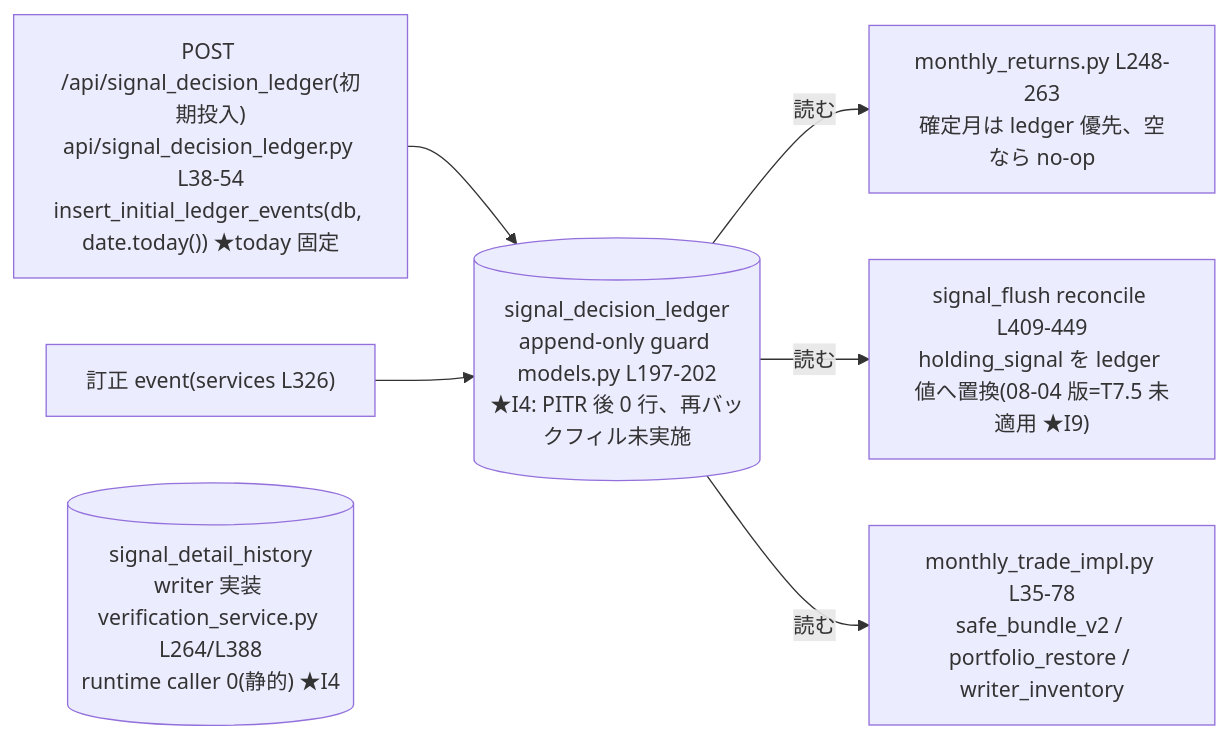
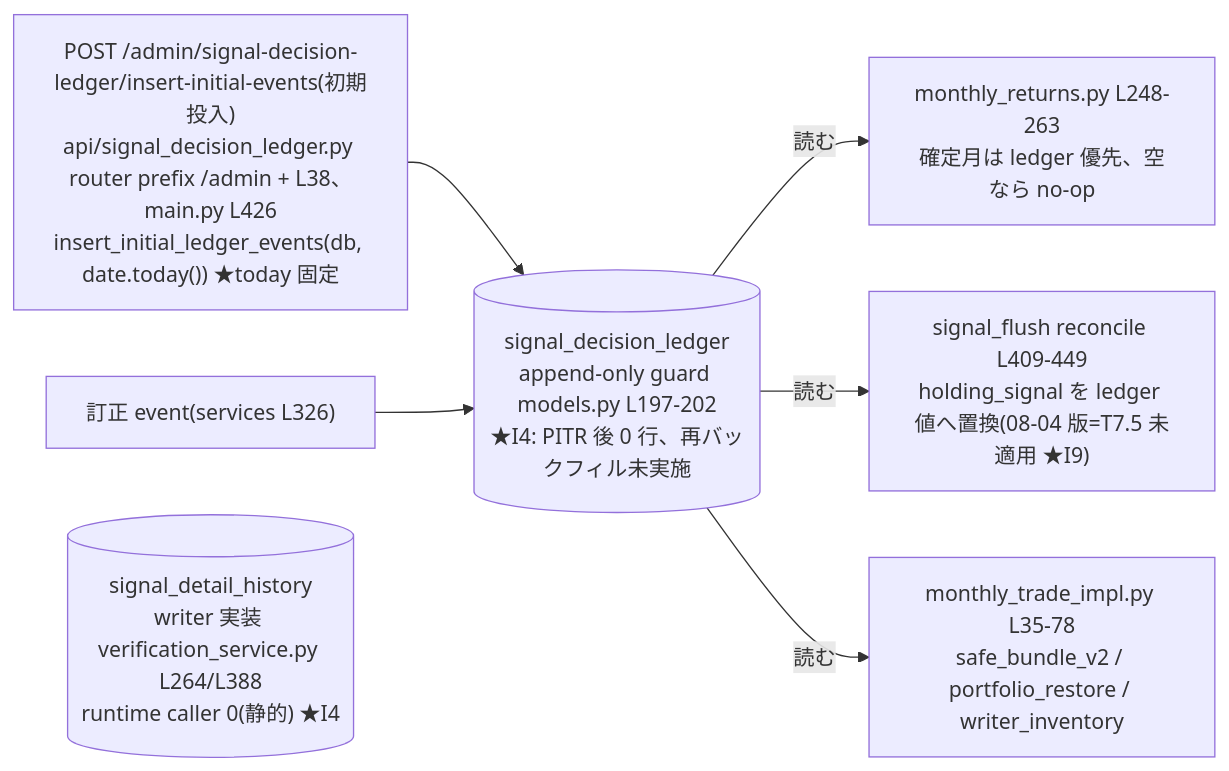
Before and after one commit to simokitafresh/multi-agent-shogun: the fifth of 6 diagrams in docs/research/dm-signal-production-inconsistency-asis-tobe_20260906.md, drawn with Mermaid. The commit also changed other lines of this file, not shown here.

Commit message:
docs(research): prod inconsistency v0.7 — karo R3 adopted (cron L5/month-start, Phase0 delete_signals=False, flush order, ledger URL, causality hedged, dead-code 4-class)

````diff
--- a/docs/research/dm-signal-production-inconsistency-asis-tobe_20260906.md
+++ b/docs/research/dm-signal-production-inconsistency-asis-tobe_20260906.md
@@ -113,9 +121,9 @@
 ```mermaid
 flowchart LR
-  API["POST /api/signal_decision_ledger(初期投入)<br/>api/signal_decision_ledger.py L38-54<br/>insert_initial_ledger_events(db, date.today()) ★today 固定"] --> LT[("signal_decision_ledger<br/>append-only guard models.py L197-202<br/>★I4: PITR 後 0 行、再バックフィル未実施")]
+  API["POST /admin/signal-decision-ledger/insert-initial-events(初期投入)<br/>api/signal_decision_ledger.py router prefix /admin + L38、main.py L426<br/>insert_initial_ledger_events(db, date.today()) ★today 固定"] --> LT[("signal_decision_ledger<br/>append-only guard models.py L197-202<br/>★I4: PITR 後 0 行、再バックフィル未実施")]
   COR["訂正 event(services L326)"] --> LT
   LT -->|"読む"| R1["monthly_returns.py L248-263<br/>確定月は ledger 優先、空なら no-op"]
   LT -->|"読む"| R2["signal_flush reconcile L409-449<br/>holding_signal を ledger 値へ置換(08-04 版=T7.5 未適用 ★I9)"]
   LT -->|"読む"| R3["monthly_trade_impl.py L35-78<br/>safe_bundle_v2 / portfolio_restore / writer_inventory"]
   SDH[("signal_detail_history<br/>writer 実装 verification_service.py L264/L388<br/>runtime caller 0(静的) ★I4")]
 ```
````
